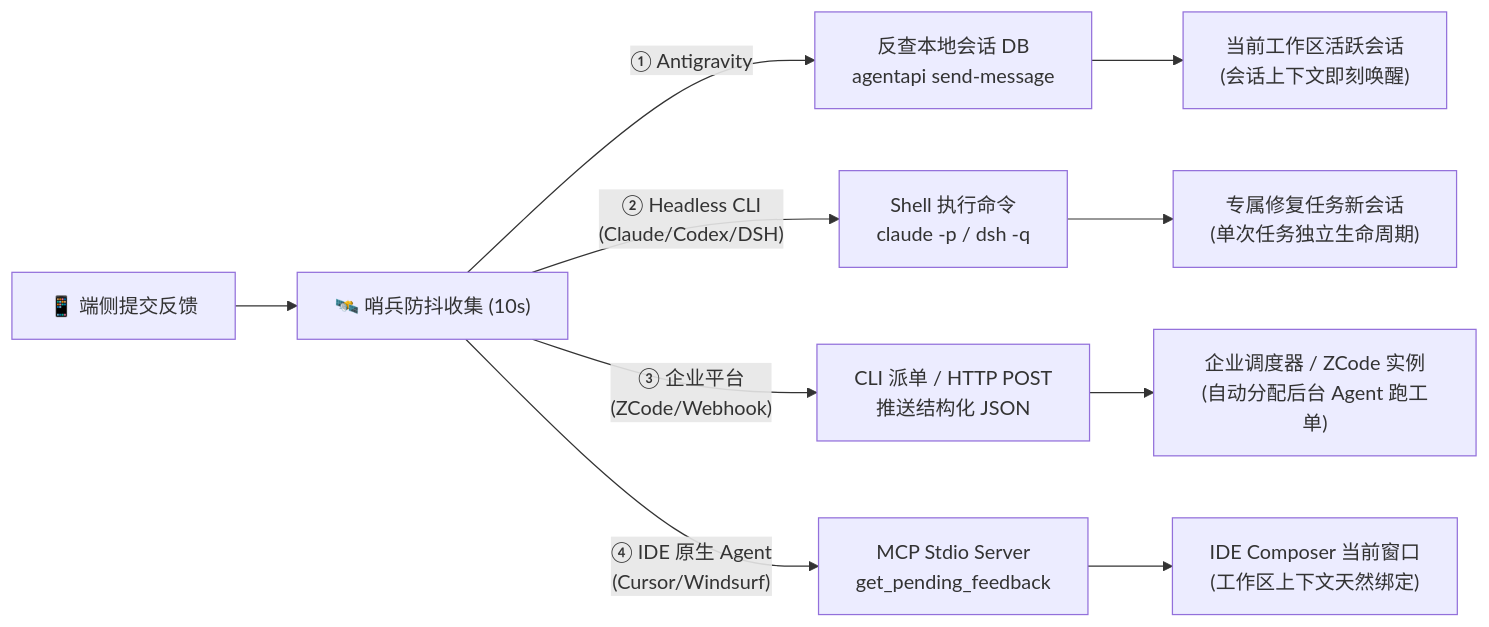
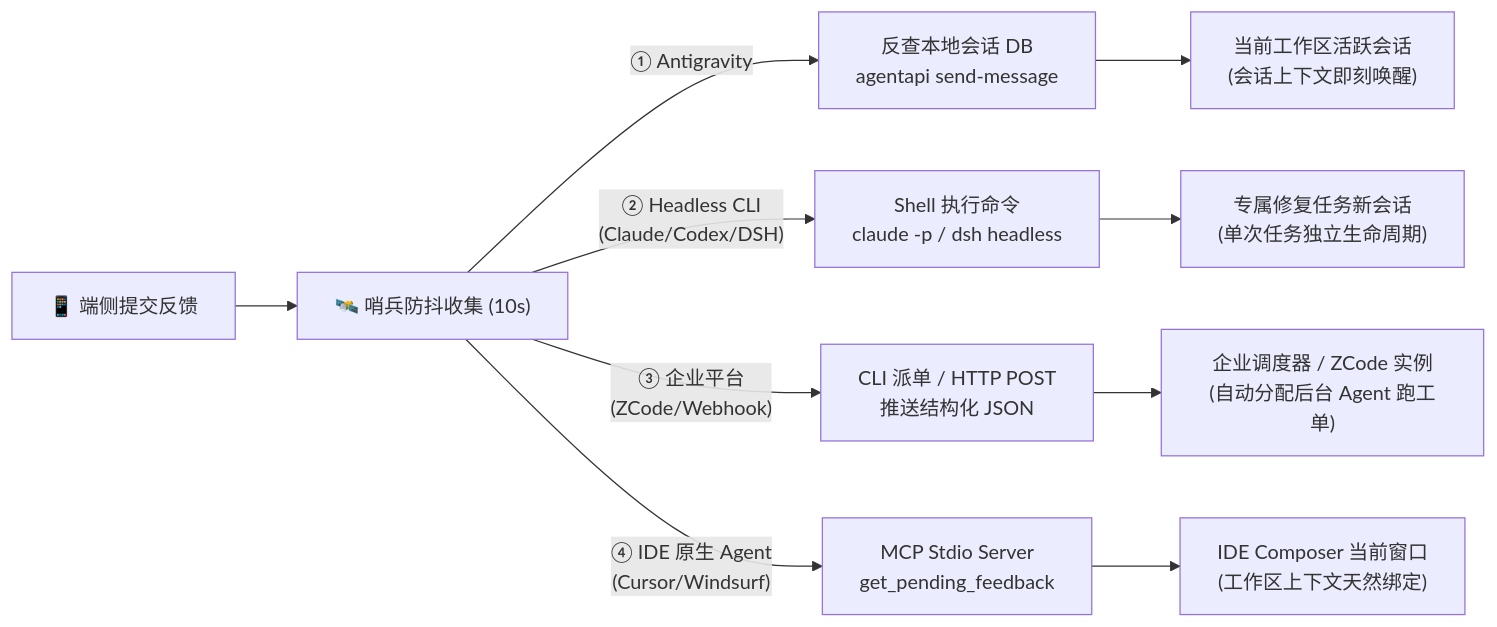
One commit to lylyuanliang/agent-feedback changed the second of 2 diagrams in README.md. Above: the diagram before and after it, drawn with Mermaid. The commit also changed other lines of this file and 2 other files, not shown here.

````diff
--- a/README.md
+++ b/README.md
@@ -349,9 +195,9 @@
 ```mermaid
 flowchart LR
     Feedback["📱 端侧提交反馈"] --> Sentinel["🛰️ 哨兵防抖收集 (10s)"]
 
     Sentinel -->|"① Antigravity"| C1["反查本地会话 DB<br>agentapi send-message"] --> S1["当前工作区活跃会话<br>(会话上下文即刻唤醒)"]
-    Sentinel -->|"② Headless CLI<br>(Claude/Codex/DSH)"| C2["Shell 执行命令<br>claude -p / dsh -q"] --> S2["专属修复任务新会话<br>(单次任务独立生命周期)"]
+    Sentinel -->|"② Headless CLI<br>(Claude/Codex/DSH)"| C2["Shell 执行命令<br>claude -p / dsh headless"] --> S2["专属修复任务新会话<br>(单次任务独立生命周期)"]
     Sentinel -->|"③ 企业平台<br>(ZCode/Webhook)"| C4["CLI 派单 / HTTP POST<br>推送结构化 JSON"] --> S4["企业调度器 / ZCode 实例<br>(自动分配后台 Agent 跑工单)"]
     Sentinel -->|"④ IDE 原生 Agent<br>(Cursor/Windsurf)"| C3["MCP Stdio Server<br>get_pending_feedback"] --> S3["IDE Composer 当前窗口<br>(工作区上下文天然绑定)"]
 ```
````
